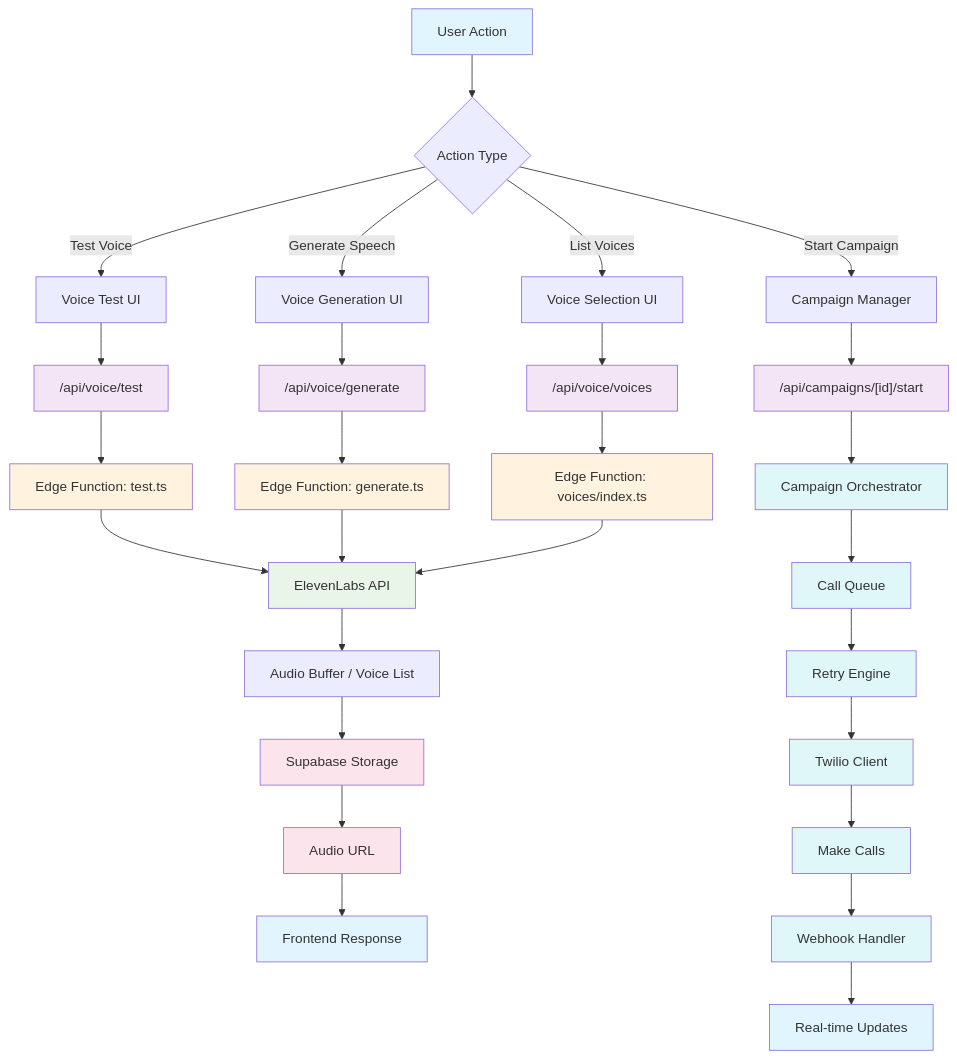
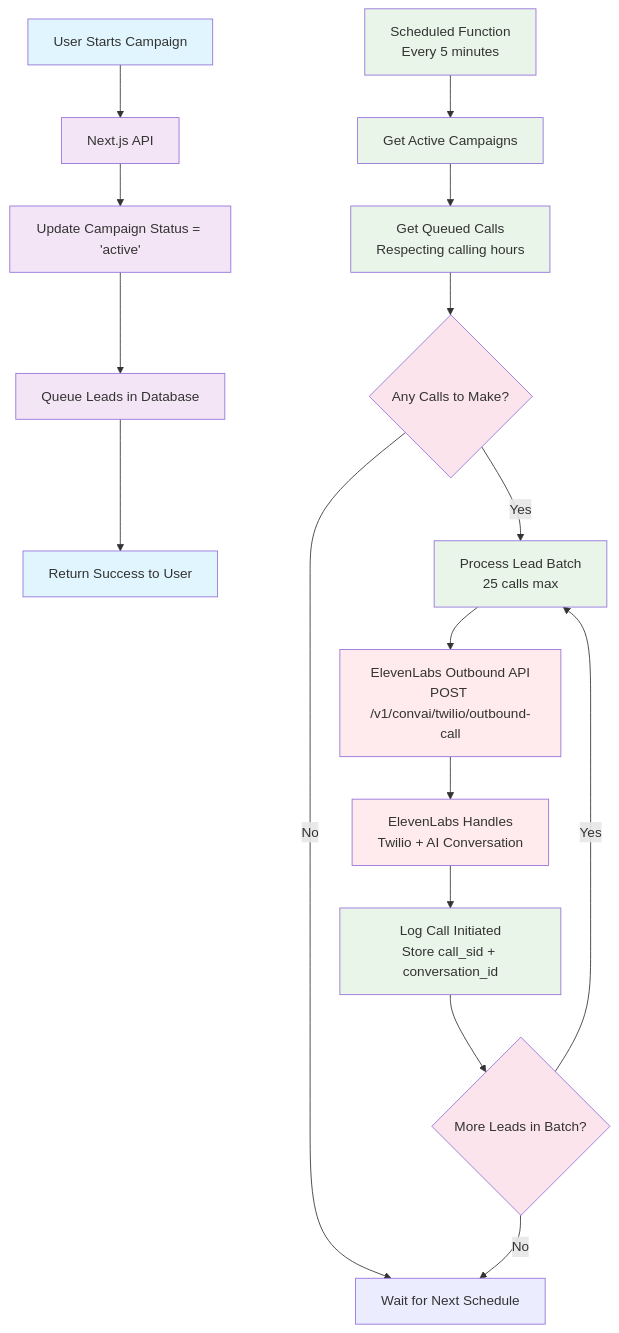
Before and after one commit to callhenk/henk: the ninth of 11 diagrams in docs/elevenlabs-architecture.md, drawn with Mermaid. The commit also changed other lines of this file and 1 other file, not shown here.

First line of the commit message:
Update ElevenLabs integration documentation to reflect API route changes and simplified architecture

````diff
--- a/docs/elevenlabs-architecture.md
+++ b/docs/elevenlabs-architecture.md
@@ -285,49 +285,34 @@
 ```mermaid
 flowchart TD
-    A[User Action] --> B{Action Type}
+    A[User Starts Campaign] --> B[Next.js API]
+    B --> C[Update Campaign Status = 'active']
+    C --> D[Queue Leads in Database]
+    D --> E[Return Success to User]
 
-    B -->|Test Voice| C[Voice Test UI]
-    B -->|Generate Speech| D[Voice Generation UI]
-    B -->|List Voices| E[Voice Selection UI]
-    B -->|Start Campaign| F[Campaign Manager]
+    F[Scheduled Function<br/>Every 5 minutes] --> G[Get Active Campaigns]
+    G --> H[Get Queued Calls<br/>Respecting calling hours]
+    H --> I{Any Calls to Make?}
 
-    C --> G["/api/voice/test"]
-    D --> H["/api/voice/generate"]
-    E --> I["/api/voice/voices"]
-    F --> J["/api/campaigns/[id]/start"]
+    I -->|Yes| J[Process Lead Batch<br/>25 calls max]
+    I -->|No| K[Wait for Next Schedule]
 
-    G --> K[Edge Function: test.ts]
-    H --> L[Edge Function: generate.ts]
-    I --> M[Edge Function: voices/index.ts]
-    J --> N[Campaign Orchestrator]
+    J --> L[ElevenLabs Outbound API<br/>POST /v1/convai/twilio/outbound-call]
+    L --> M[ElevenLabs Handles<br/>Twilio + AI Conversation]
+    M --> N[Log Call Initiated<br/>Store call_sid + conversation_id]
 
-    K --> O[ElevenLabs API]
-    L --> O
-    M --> O
-
-    O --> P[Audio Buffer / Voice List]
-    P --> Q[Supabase Storage]
-    Q --> R[Audio URL]
-    R --> S[Frontend Response]
-
-    N --> T[Call Queue]
-    T --> U[Retry Engine]
-    U --> V[Twilio Client]
-    V --> W[Make Calls]
-    W --> X[Webhook Handler]
-    X --> Y[Real-time Updates]
+    N --> O{More Leads in Batch?}
+    O -->|Yes| J
+    O -->|No| K
 
     classDef user fill:#e1f5fe
     classDef api fill:#f3e5f5
-    classDef edge fill:#fff3e0
-    classDef external fill:#e8f5e8
-    classDef orchestrator fill:#e0f7fa
-    classDef storage fill:#fce4ec
+    classDef scheduled fill:#e8f5e8
+    classDef external fill:#ffebee
+    classDef decision fill:#fce4ec
 
-    class A,S,Y user
-    class G,H,I,J api
-    class K,L,M edge
-    class O external
-    class N,T,U,V,W,X orchestrator
-    class Q,R storage
+    class A,E user
+    class B,C,D api
+    class F,G,H,J,N scheduled
+    class L,M external
+    class I,O decision
 ```
````
